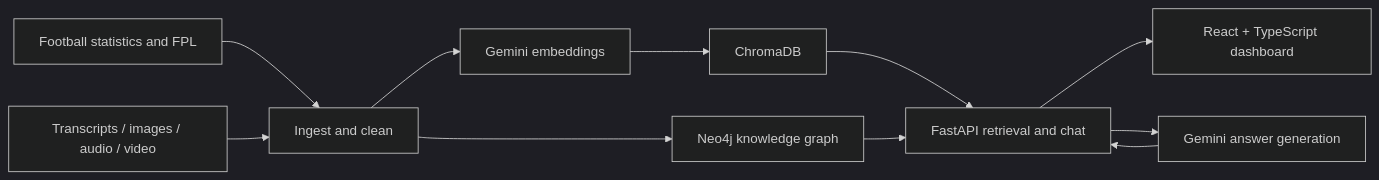
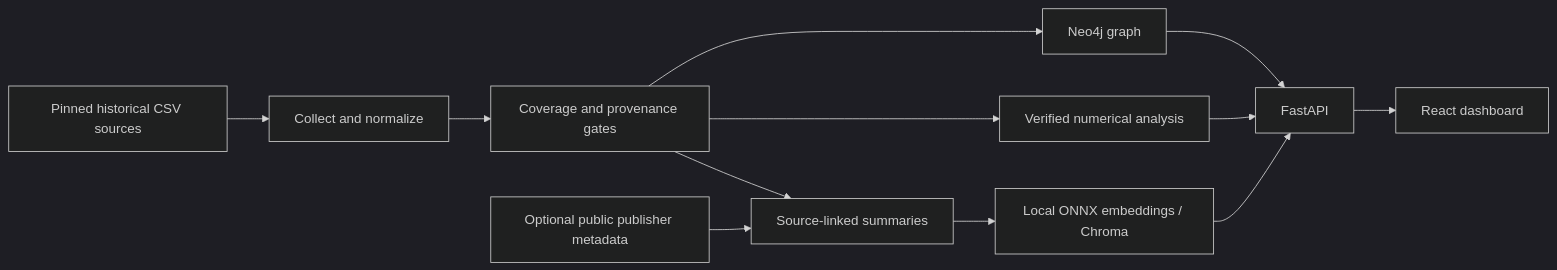
One commit to jengaWiz/pl-knowledge-engine changed the diagram in README.md. Above: the diagram before and after it, drawn with Mermaid (dark theme). The commit also changed other lines of this file and 3 other files, not shown here.

````diff
--- a/README.md
+++ b/README.md
@@ -41,13 +41,14 @@
 ```mermaid
 flowchart LR
-    A[Football statistics and FPL] --> C[Ingest and clean]
-    B[Transcripts / images / audio / video] --> C
-    C --> D[Gemini embeddings]
-    D --> E[ChromaDB]
-    C --> F[Neo4j knowledge graph]
-    E --> G[FastAPI retrieval and chat]
-    F --> G
-    G --> H[React + TypeScript dashboard]
-    G --> I[Gemini answer generation]
-    I --> G
+    A[Pinned historical CSV sources] --> B[Collect and normalize]
+    B --> C[Coverage and provenance gates]
+    C --> D[Neo4j graph]
+    C --> E[Verified numerical analysis]
+    C --> F[Source-linked summaries]
+    G[Optional public publisher metadata] --> F
+    F --> H[Local ONNX embeddings / Chroma]
+    D --> I[FastAPI]
+    E --> I
+    H --> I
+    I --> J[React dashboard]
 ```
````
